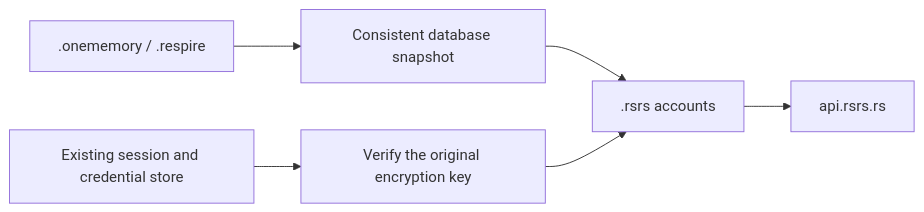
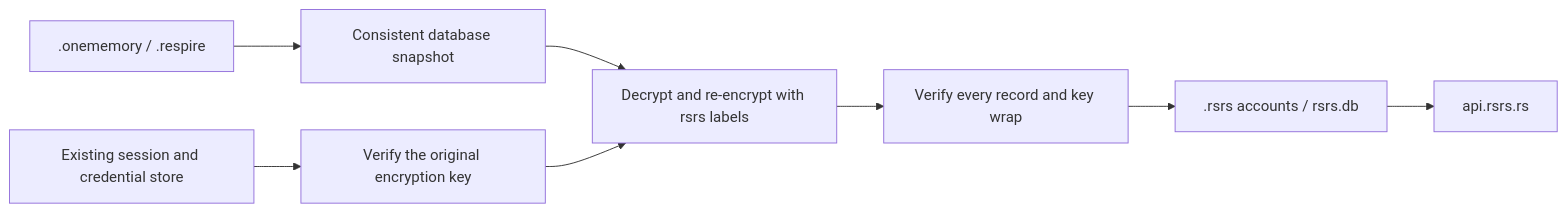
The first of 2 diagrams in docs/data-model.md (risense-ai/respire-docs), drawn with Mermaid before and after one commit. The commit also changed other lines of this file and 20 other files, not shown here.

````diff
--- a/docs/data-model.md
+++ b/docs/data-model.md
@@ -22,8 +22,10 @@
 ```mermaid
 flowchart LR
   Old[".onememory / .respire"] --> Snapshot["Consistent database snapshot"]
   Credentials["Existing session and credential store"] --> Check["Verify the original encryption key"]
-  Snapshot --> New[".rsrs accounts"]
-  Check --> New
+  Snapshot --> Reencrypt["Decrypt and re-encrypt with rsrs labels"]
+  Check --> Reencrypt
+  Reencrypt --> Verify["Verify every record and key wrap"]
+  Verify --> New[".rsrs accounts / rsrs.db"]
   New --> API["api.rsrs.rs"]
 ```
````
